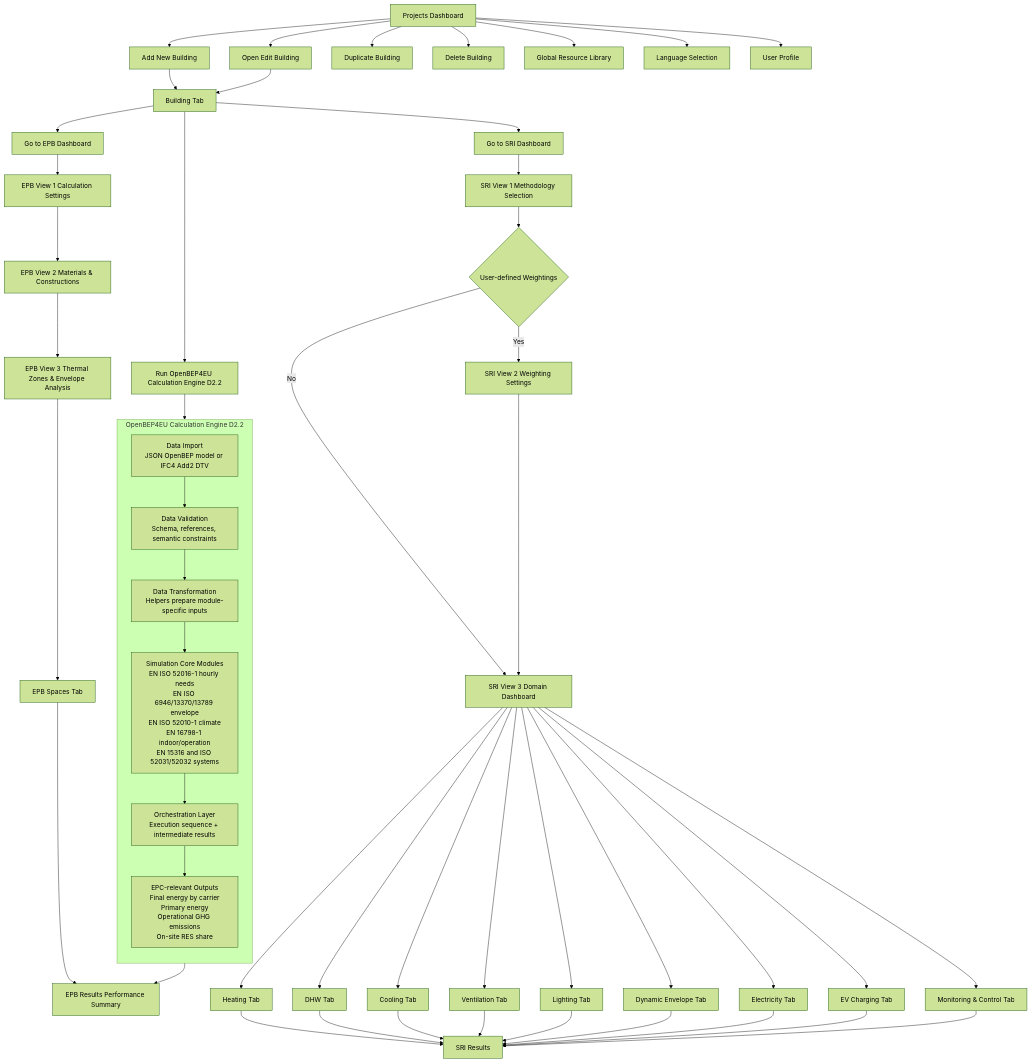
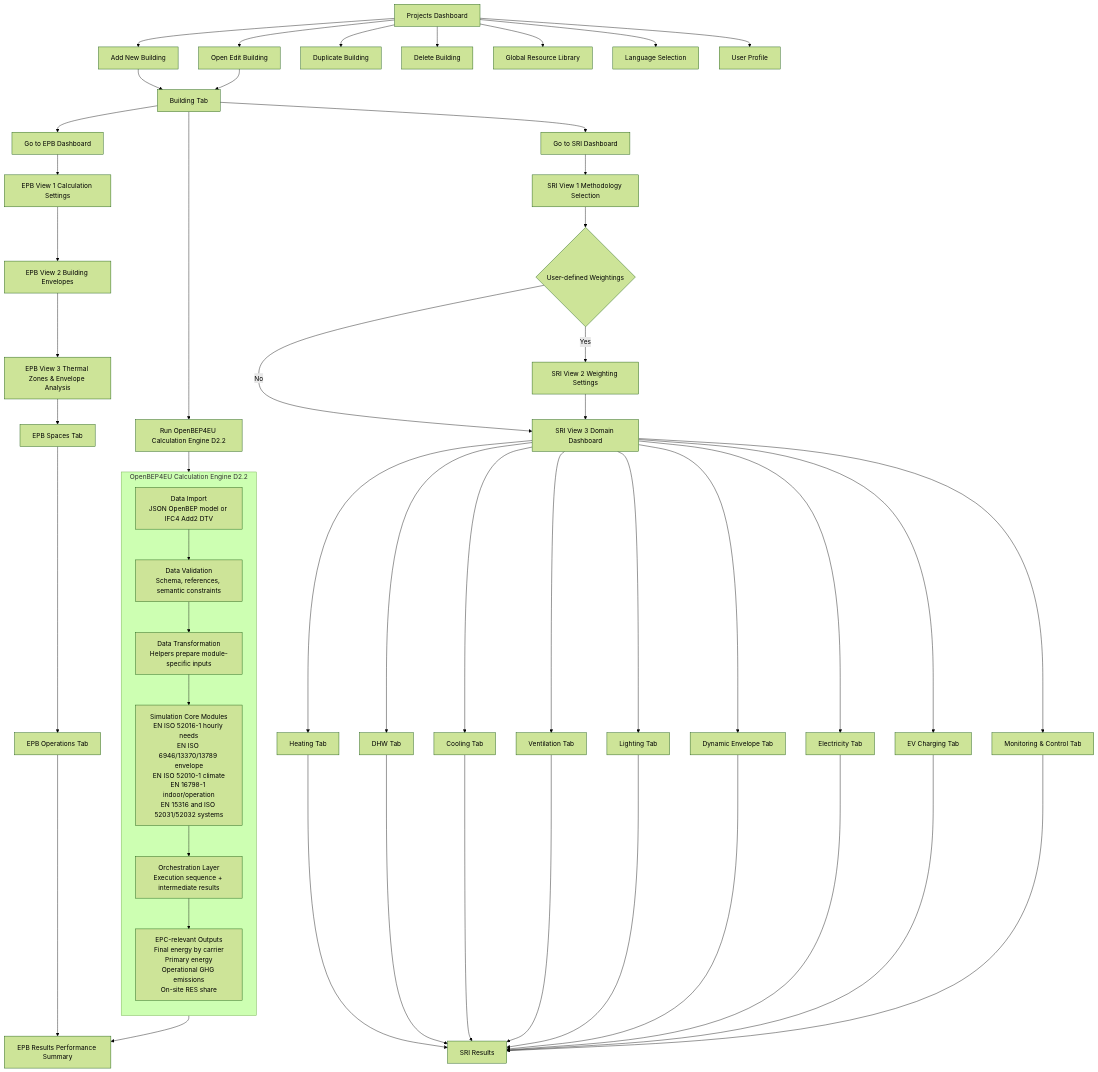
One commit to pantazis/-building-performance-app changed the diagram in plan.mmd. Above: the diagram before and after it, drawn with Mermaid (forest theme). The commit also changed 15 other files, not shown here.

First line of the commit message:
Refactor EPB flow: Update step titles, links, and add Ground Temperature step

```diff
--- a/plan.mmd
+++ b/plan.mmd
@@ -1,63 +1,64 @@
 flowchart TD
 
 A[Projects Dashboard] --> B[Add New Building]
 A --> C[Open Edit Building]
 A --> D[Duplicate Building]
 A --> E[Delete Building]
 A --> F[Global Resource Library]
 A --> G[Language Selection]
 A --> H[User Profile]
 
 B --> I[Building Tab]
 C --> I
 
 I --> J[Go to EPB Dashboard]
 I --> K[Go to SRI Dashboard]
 
 J --> EPB1[EPB View 1 Calculation Settings]
-EPB1 --> EPB2[EPB View 2 Materials & Constructions]
+EPB1 --> EPB2[EPB View 2 Building Envelopes]
 EPB2 --> EPB3[EPB View 3 Thermal Zones & Envelope Analysis]
 EPB3 --> EPBSPACES[EPB Spaces Tab]
-EPBSPACES --> EPB4[EPB Results Performance Summary]
+EPBSPACES --> EPBOPS[EPB Operations Tab]
+EPBOPS --> EPB4[EPB Results Performance Summary]
 
 K --> SRI1[SRI View 1 Methodology Selection]
 SRI1 --> SRI2{User-defined Weightings}
 SRI2 -->|Yes| SRI3[SRI View 2 Weighting Settings]
 SRI2 -->|No| SRI4[SRI View 3 Domain Dashboard]
 SRI3 --> SRI4
 
 SRI4 --> SRI5[Heating Tab]
 SRI4 --> SRI6[DHW Tab]
 SRI4 --> SRI7[Cooling Tab]
 SRI4 --> SRI8[Ventilation Tab]
 SRI4 --> SRI9[Lighting Tab]
 SRI4 --> SRI10[Dynamic Envelope Tab]
 SRI4 --> SRI11[Electricity Tab]
 SRI4 --> SRI12[EV Charging Tab]
 SRI4 --> SRI13[Monitoring & Control Tab]
 
 SRI5 --> SRI14[SRI Results]
 SRI6 --> SRI14[SRI Results]
 SRI7 --> SRI14[SRI Results]
 SRI8 --> SRI14[SRI Results]
 SRI9 --> SRI14[SRI Results]
 SRI10 --> SRI14[SRI Results]
 SRI11 --> SRI14[SRI Results]
 SRI12 --> SRI14[SRI Results]
 SRI13 --> SRI14[SRI Results]
 
 %% D2.2 Advanced EU Kernel EPC Engine integration
 I --> CE0[Run OpenBEP4EU Calculation Engine D2.2]
 
 subgraph CE[OpenBEP4EU Calculation Engine D2.2]
 direction TB
 CE1[Data Import\nJSON OpenBEP model or IFC4 Add2 DTV]
 CE2[Data Validation\nSchema, references, semantic constraints]
 CE3[Data Transformation\nHelpers prepare module-specific inputs]
 CE4[Simulation Core Modules\nEN ISO 52016-1 hourly needs\nEN ISO 6946/13370/13789 envelope\nEN ISO 52010-1 climate\nEN 16798-1 indoor/operation\nEN 15316 and ISO 52031/52032 systems]
 CE5[Orchestration Layer\nExecution sequence + intermediate results]
 CE6[EPC-relevant Outputs\nFinal energy by carrier\nPrimary energy\nOperational GHG emissions\nOn-site RES share]
 end
 
 CE0 --> CE1 --> CE2 --> CE3 --> CE4 --> CE5 --> CE6
 CE6 --> EPB4
```
